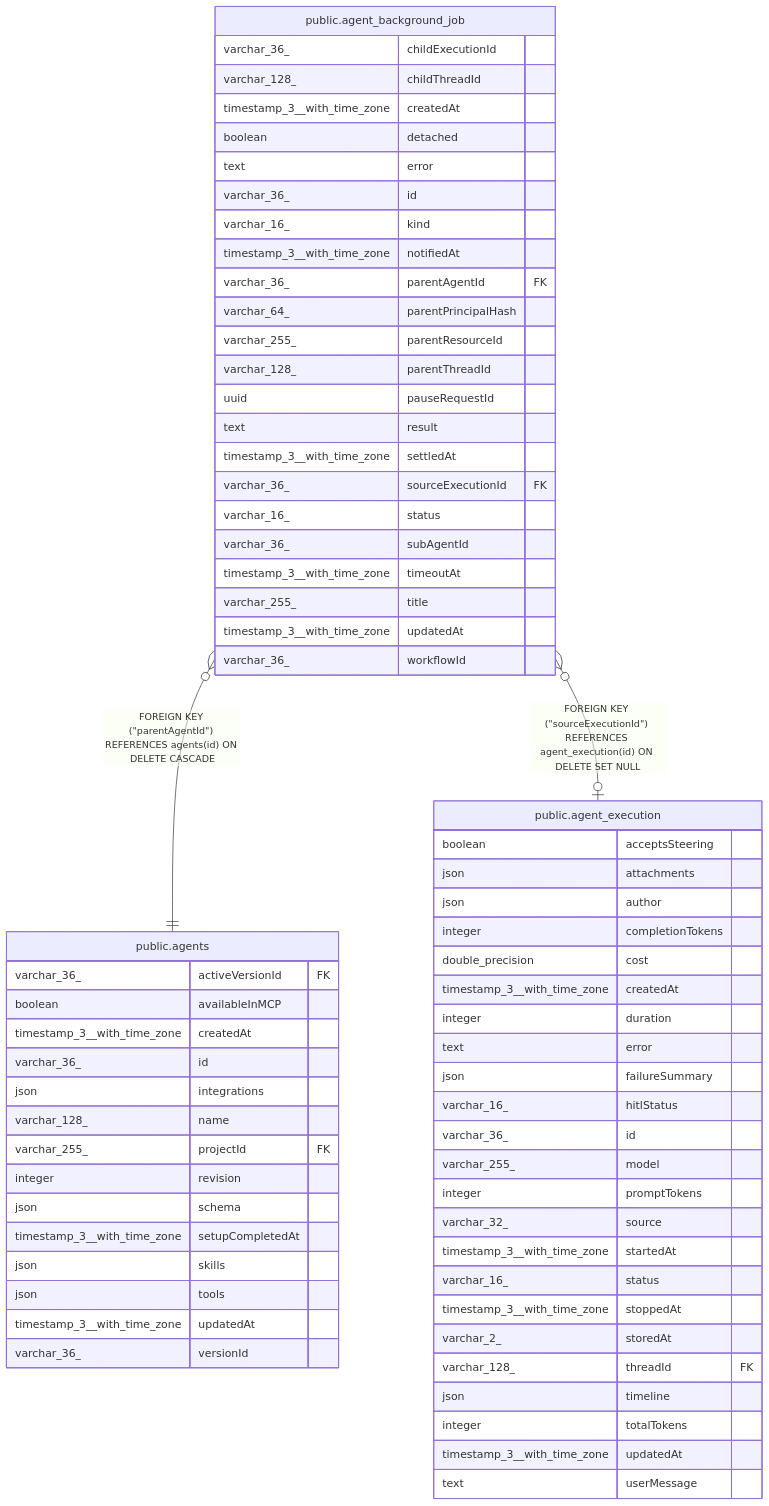
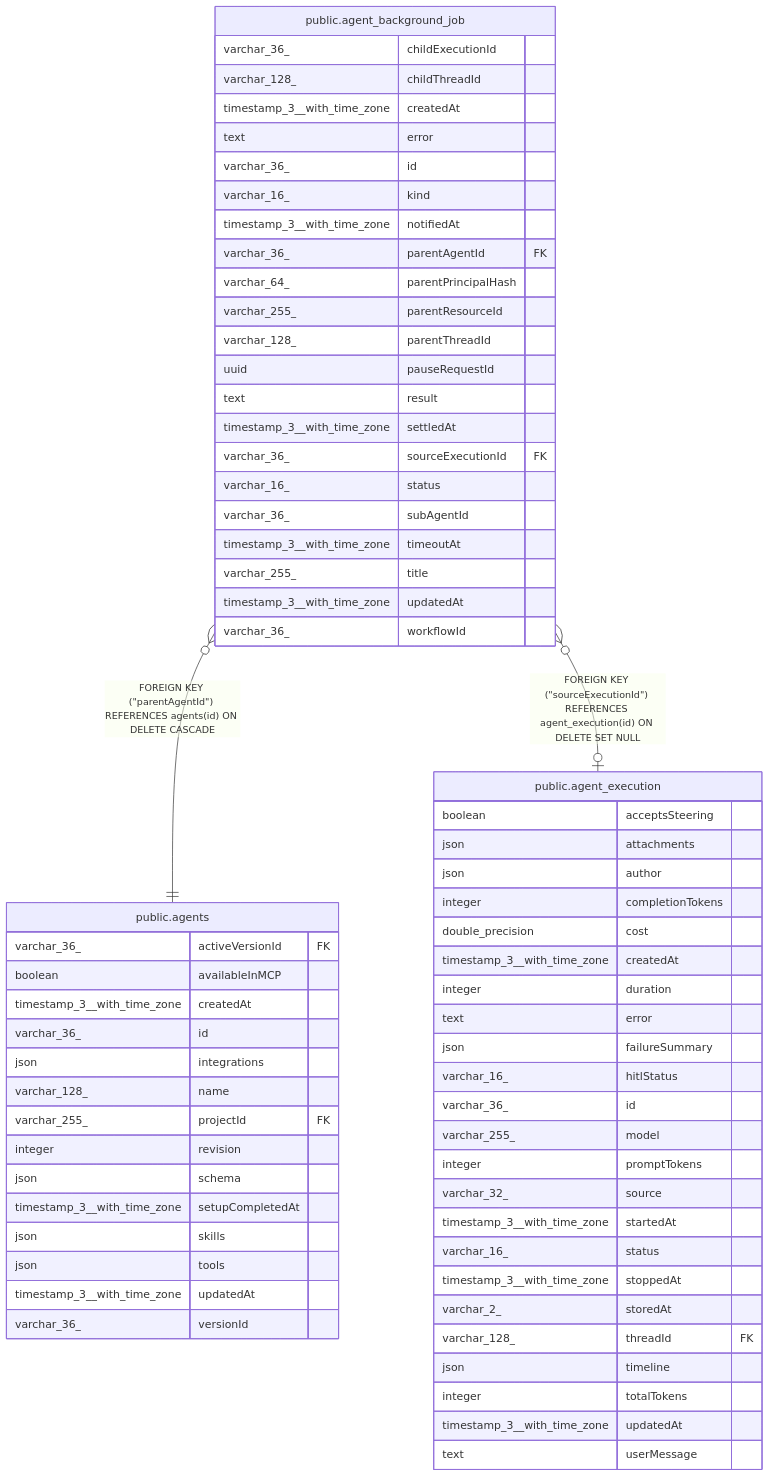
The diagram in docs/generated/postgres-schema/public.agent_background_job.md (nihas14m-star/n8n), drawn with Mermaid before and after one commit. The commit also changed other lines of this file and 35 other files, not shown here.

````diff
--- a/docs/generated/postgres-schema/public.agent_background_job.md
+++ b/docs/generated/postgres-schema/public.agent_background_job.md
@@ -65,72 +63,71 @@
 ```mermaid
 erDiagram
 
 "public.agent_background_job" }o--|| "public.agents" : "FOREIGN KEY (#quot;parentAgentId#quot;) REFERENCES agents(id) ON DELETE CASCADE"
 "public.agent_background_job" }o--o| "public.agent_execution" : "FOREIGN KEY (#quot;sourceExecutionId#quot;) REFERENCES agent_execution(id) ON DELETE SET NULL"
 
 "public.agent_background_job" {
   varchar_36_ childExecutionId
   varchar_128_ childThreadId
   timestamp_3__with_time_zone createdAt
-  boolean detached
   text error
   varchar_36_ id
   varchar_16_ kind
   timestamp_3__with_time_zone notifiedAt
   varchar_36_ parentAgentId FK
   varchar_64_ parentPrincipalHash
   varchar_255_ parentResourceId
   varchar_128_ parentThreadId
   uuid pauseRequestId
   text result
   timestamp_3__with_time_zone settledAt
   varchar_36_ sourceExecutionId FK
   varchar_16_ status
   varchar_36_ subAgentId
   timestamp_3__with_time_zone timeoutAt
   varchar_255_ title
   timestamp_3__with_time_zone updatedAt
   varchar_36_ workflowId
 }
 "public.agents" {
   varchar_36_ activeVersionId FK
   boolean availableInMCP
   timestamp_3__with_time_zone createdAt
   varchar_36_ id
   json integrations
   varchar_128_ name
   varchar_255_ projectId FK
   integer revision
   json schema
   timestamp_3__with_time_zone setupCompletedAt
   json skills
   json tools
   timestamp_3__with_time_zone updatedAt
   varchar_36_ versionId
 }
 "public.agent_execution" {
   boolean acceptsSteering
   json attachments
   json author
   integer completionTokens
   double_precision cost
   timestamp_3__with_time_zone createdAt
   integer duration
   text error
   json failureSummary
   varchar_16_ hitlStatus
   varchar_36_ id
   varchar_255_ model
   integer promptTokens
   varchar_32_ source
   timestamp_3__with_time_zone startedAt
   varchar_16_ status
   timestamp_3__with_time_zone stoppedAt
   varchar_2_ storedAt
   varchar_128_ threadId FK
   json timeline
   integer totalTokens
   timestamp_3__with_time_zone updatedAt
   text userMessage
 }
 ```
````
